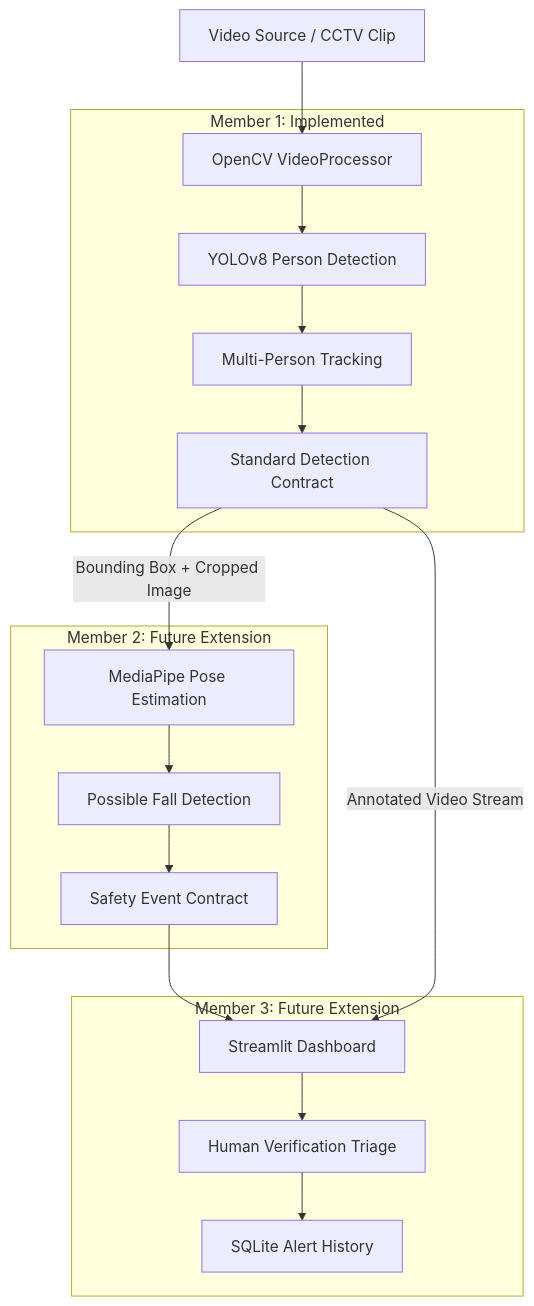
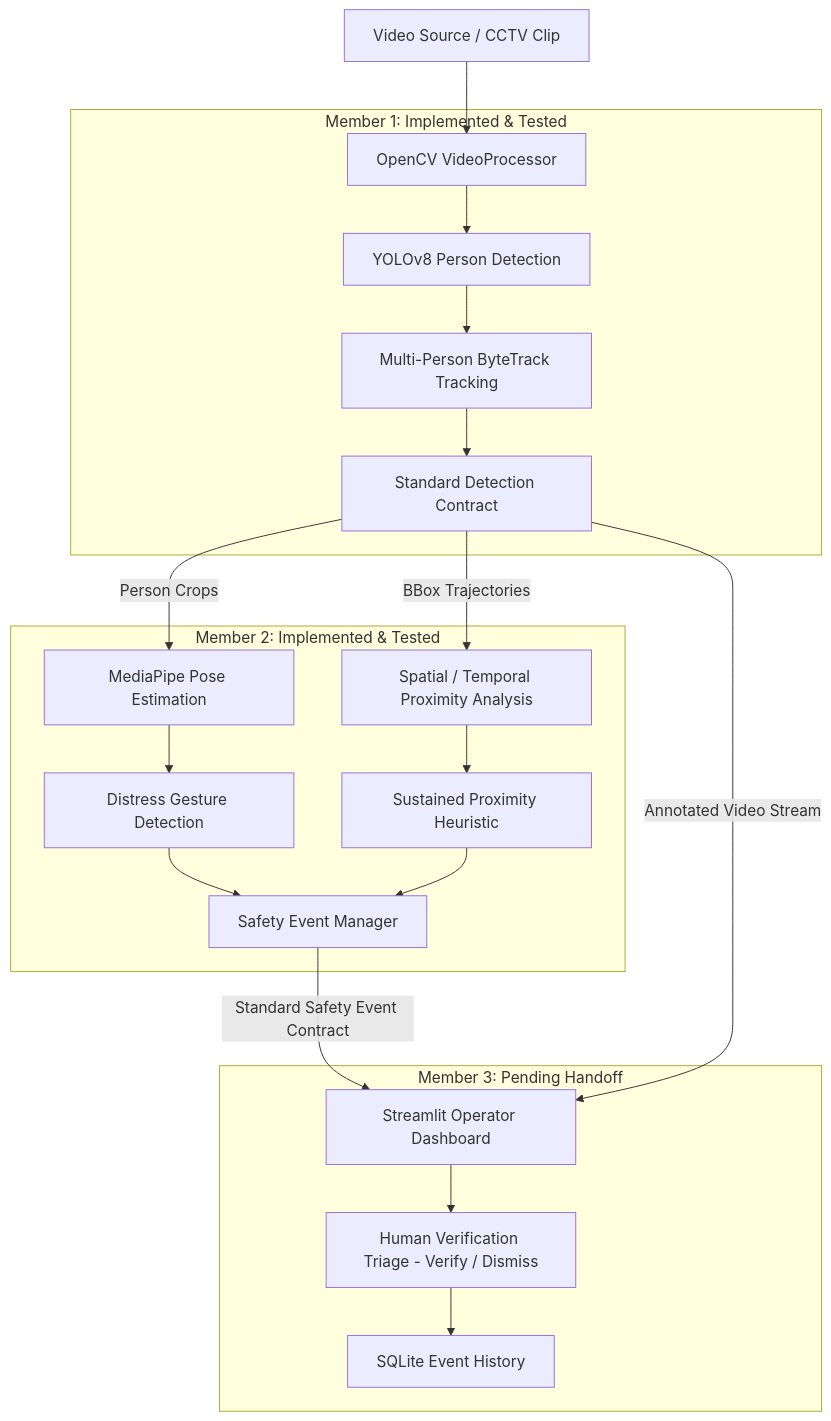
Before and after one commit to Kaashya/Women-Safetty-Project: the diagram in docs/architecture.md, drawn with Mermaid. The commit also changed other lines of this file and 11 other files, not shown here.

Commit message:
added MediaPipe Pose extraction

````diff
--- a/docs/architecture.md
+++ b/docs/architecture.md
@@ -9,35 +9,40 @@
 ```mermaid
 flowchart TD
     A[Video Source / CCTV Clip] --> B[OpenCV VideoProcessor]
     B --> C[YOLOv8 Person Detection]
-    C --> D[Multi-Person Tracking]
+    C --> D[Multi-Person ByteTrack Tracking]
     D --> E[Standard Detection Contract]
 
-    subgraph Member1 [Member 1: Implemented]
+    subgraph Member1 [Member 1: Implemented & Tested]
         B
         C
         D
         E
     end
 
-    E -->|Bounding Box + Cropped Image| F[MediaPipe Pose Estimation]
-    F --> G[Possible Fall Detection]
-    G --> H[Safety Event Contract]
+    E -->|Person Crops| F[MediaPipe Pose Estimation]
+    E -->|BBox Trajectories| G[Spatial / Temporal Proximity Analysis]
+    F --> H[Distress Gesture Detection]
+    G --> I[Sustained Proximity Heuristic]
+    H --> J[Safety Event Manager]
+    I --> J
 
-    subgraph Member2 [Member 2: Future Extension]
+    subgraph Member2 [Member 2: Implemented & Tested]
         F
         G
         H
+        I
+        J
     end
 
-    H --> I[Streamlit Dashboard]
-    E -->|Annotated Video Stream| I
-    I --> J[Human Verification Triage]
-    J --> K[SQLite Alert History]
+    J -->|Standard Safety Event Contract| K[Streamlit Operator Dashboard]
+    E -->|Annotated Video Stream| K
+    K --> L[Human Verification Triage - Verify / Dismiss]
+    L --> M[SQLite Event History]
 
-    subgraph Member3 [Member 3: Future Extension]
-        I
-        J
+    subgraph Member3 [Member 3: Pending Handoff]
         K
+        L
+        M
     end
 ```
````
